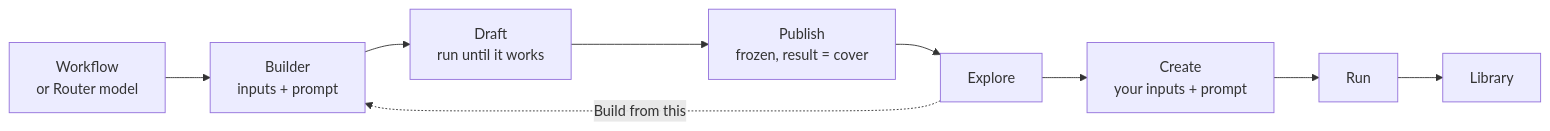
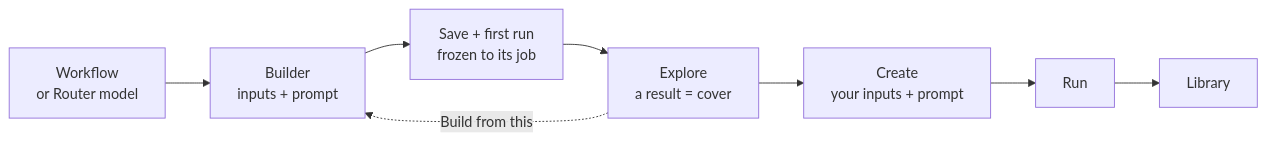
One commit to GETHUK-BIGEMPEROR/OpenIllusion changed the second of 6 diagrams in README.md. Above: the diagram before and after it, drawn with Mermaid. The commit also changed other lines of this file and 75 other files, not shown here.

````diff
--- a/README.md
+++ b/README.md
@@ -310,11 +430,10 @@
 ```mermaid
 flowchart LR
   SRC["Workflow<br/>or Router model"] --> BU["Builder<br/>inputs + prompt"]
-  BU --> DR["Draft<br/>run until it works"]
-  DR --> PU["Publish<br/>frozen, result = cover"]
-  PU --> EX["Explore"]
+  BU --> SV["Save + first run<br/>frozen to its job"]
+  SV --> EX["Explore<br/>a result = cover"]
   EX --> CR["Create<br/>your inputs + prompt"]
   CR --> RUN["Run"]
   RUN --> LIB["Library"]
   EX -. "Build from this" .-> BU
 ```
````
